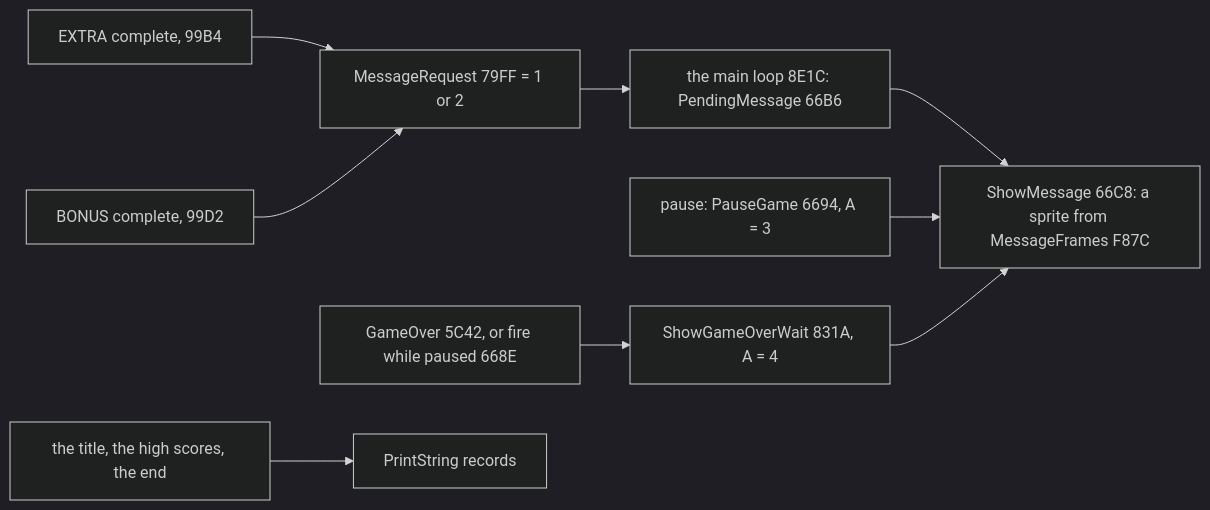
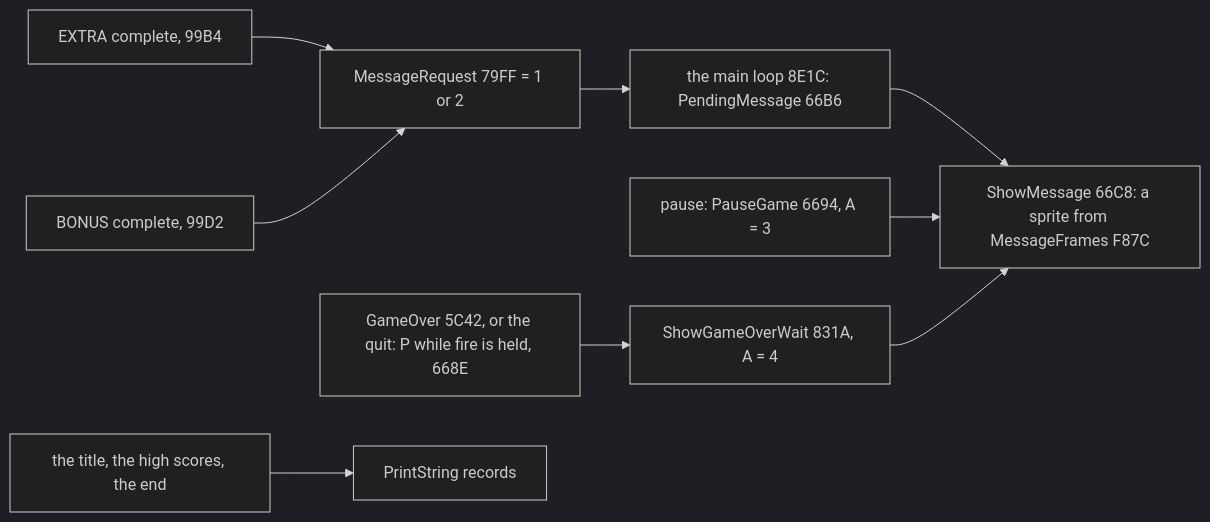
Diagram 11 of 14 in games/switchblade/docs/08-hud-and-text.md (alfishe/unrealng-reverse-cases), drawn with Mermaid (dark theme) before and after one commit. The commit also changed other lines of this file and 47 other files, not shown here.

````diff
--- a/games/switchblade/docs/08-hud-and-text.md
+++ b/games/switchblade/docs/08-hud-and-text.md
@@ -819,11 +823,11 @@
 ```mermaid
 flowchart LR
     X["EXTRA complete, 99B4"] --> M["MessageRequest 79FF = 1 or 2"]
     BN["BONUS complete, 99D2"] --> M
     M --> PM["the main loop 8E1C: PendingMessage 66B6"]
     PM --> S["ShowMessage 66C8: a sprite from MessageFrames F87C"]
     PA["pause: PauseGame 6694, A = 3"] --> S
-    GO["GameOver 5C42, or fire while paused 668E"] --> GW["ShowGameOverWait 831A, A = 4"]
+    GO["GameOver 5C42, or the quit: P while fire is held, 668E"] --> GW["ShowGameOverWait 831A, A = 4"]
     GW --> S
     T["the title, the high scores, the end"] --> P["PrintString records"]
 ```
````
